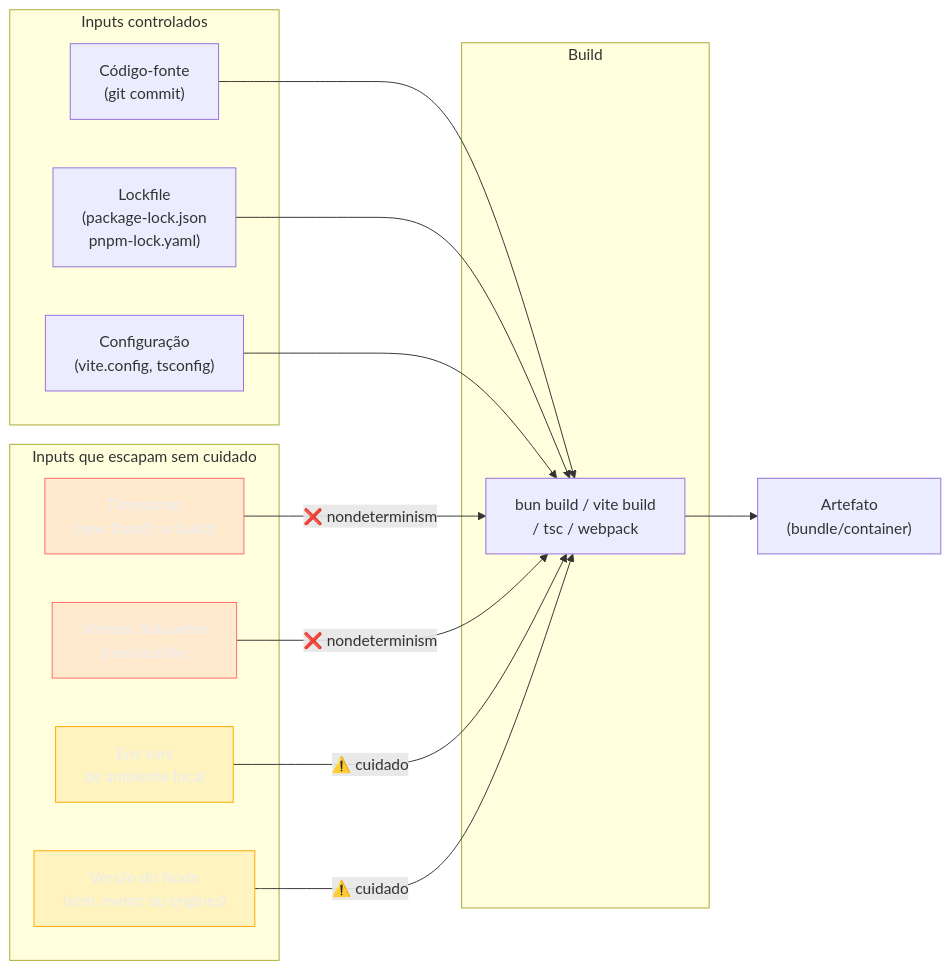
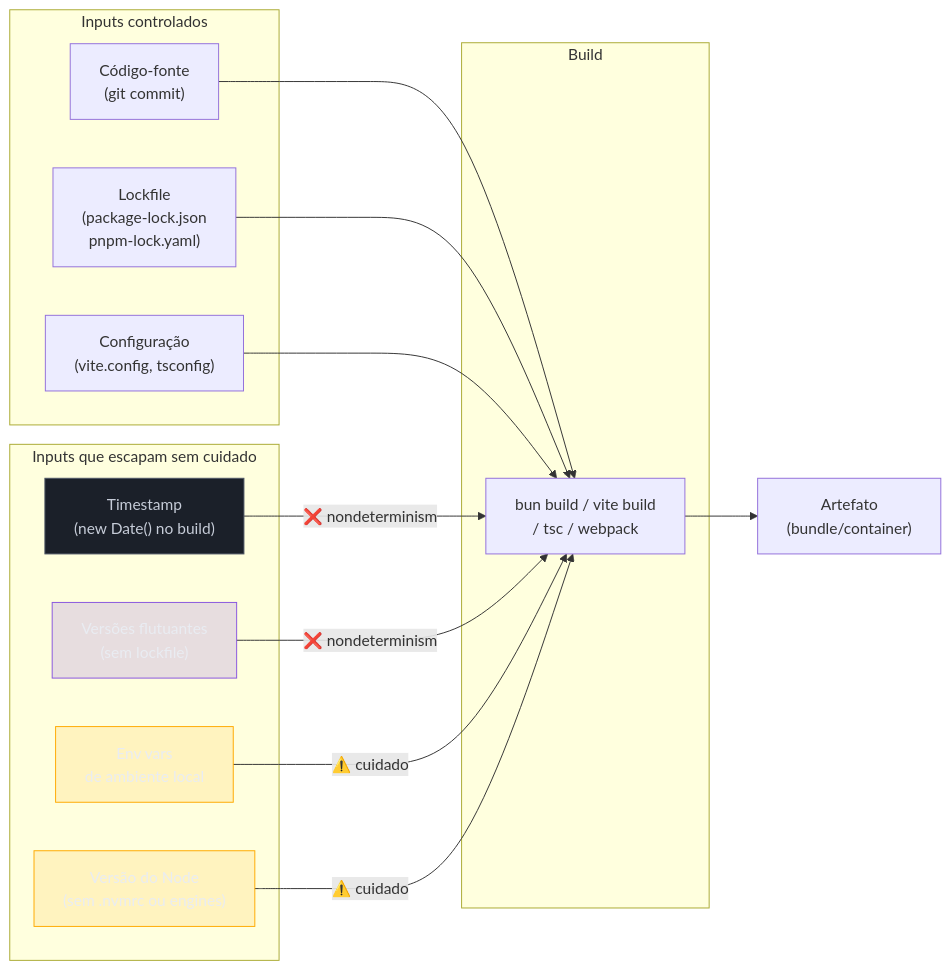
The first of 5 diagrams in 03-Dominios/Tecnologia/Tooling e Build/23 - Build em produção, CI e determinismo.md (josenaldo/codex-technomanticus), drawn with Mermaid before and after one commit. The commit also changed other lines of this file and 601 other files, not shown here.

````diff
--- a/03-Dominios/Tecnologia/Tooling e Build/23 - Build em produção, CI e determinismo.md
+++ b/03-Dominios/Tecnologia/Tooling e Build/23 - Build em produção, CI e determinismo.md
@@ -36,35 +36,36 @@
 ```mermaid
 graph LR
-    classDef falha fill:#FF6B6B24,stroke:#FF6B6B,color:#E9ECF2
+    classDef marca fill:#8855DF33,stroke:#8855DF,color:#E9ECF2
+    classDef neutro fill:#1B2029,stroke:#4E5666,color:#C6CCD8
     classDef destaque fill:#FFAA0024,stroke:#FFAA00,color:#E9ECF2
     subgraph "Inputs controlados"
         S["Código-fonte\n(git commit)"]
         L["Lockfile\n(package-lock.json\npnpm-lock.yaml)"]
         C["Configuração\n(vite.config, tsconfig)"]
     end
     subgraph "Inputs que escapam sem cuidado"
         TS["Timestamp\n(new Date() no build)"]
         V["Versões flutuantes\n(sem lockfile)"]
         E["Env vars\nde ambiente local"]
         NV["Versão do Node\n(sem .nvmrc ou engines)"]
     end
 
     subgraph "Build"
         B["bun build / vite build\n/ tsc / webpack"]
     end
 
     S --> B
     L --> B
     C --> B
     TS -->|"❌ nondeterminism"| B
     V -->|"❌ nondeterminism"| B
     E -->|"⚠️ cuidado"| B
     NV -->|"⚠️ cuidado"| B
 
     B --> A["Artefato\n(bundle/container)"]
 
-    class TS falha
-    class V falha
+    class TS neutro
+    class V marca
     class E destaque
     class NV destaque
 ```
````
